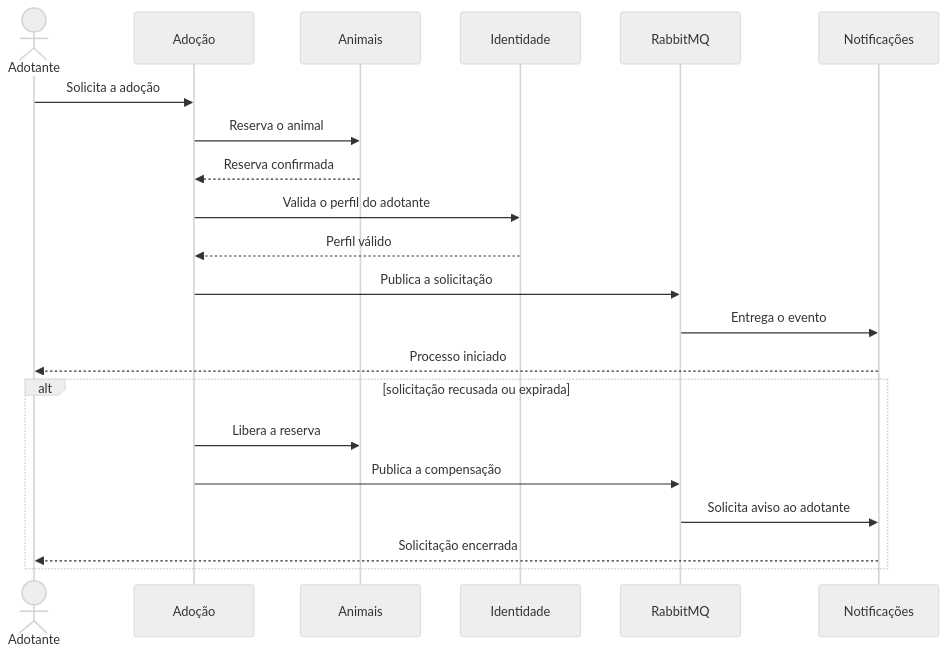
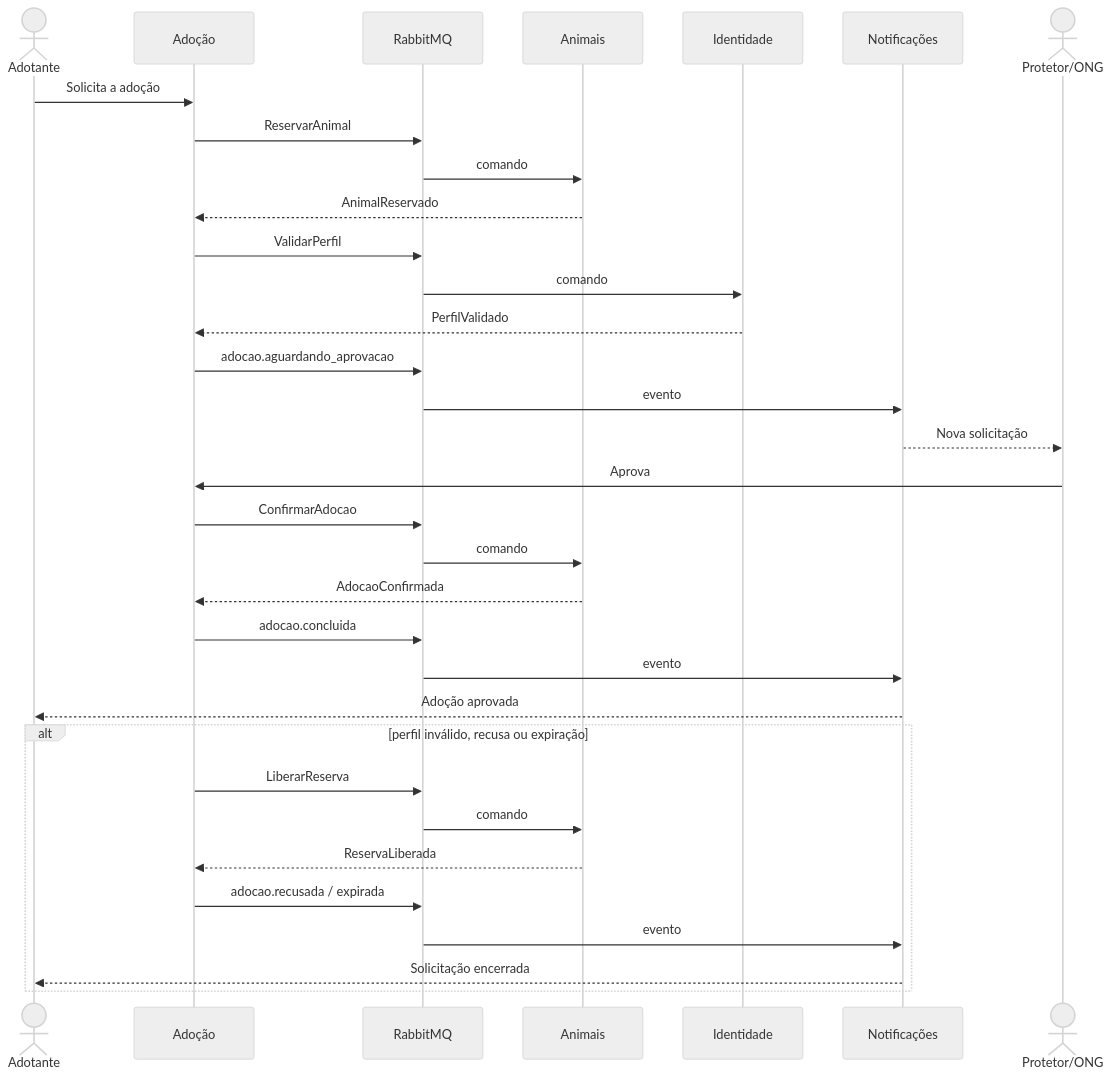
One commit to gxbreus/ampara changed the second of 2 diagrams in README.md. Above: the diagram before and after it, drawn with Mermaid (neutral theme). The commit also changed other lines of this file, not shown here.

````diff
--- a/README.md
+++ b/README.md
@@ -99,25 +123,37 @@
 ```mermaid
 sequenceDiagram
     actor Adotante
     participant A as Adoção
+    participant R as RabbitMQ
     participant AN as Animais
     participant I as Identidade
-    participant R as RabbitMQ
     participant N as Notificações
+    actor ONG as Protetor/ONG
 
     Adotante->>A: Solicita a adoção
-    A->>AN: Reserva o animal
-    AN-->>A: Reserva confirmada
-    A->>I: Valida o perfil do adotante
-    I-->>A: Perfil válido
-    A->>R: Publica a solicitação
-    R->>N: Entrega o evento
-    N-->>Adotante: Processo iniciado
+    A->>R: ReservarAnimal
+    R->>AN: comando
+    AN-->>A: AnimalReservado
+    A->>R: ValidarPerfil
+    R->>I: comando
+    I-->>A: PerfilValidado
+    A->>R: adocao.aguardando_aprovacao
+    R->>N: evento
+    N-->>ONG: Nova solicitação
+    ONG->>A: Aprova
+    A->>R: ConfirmarAdocao
+    R->>AN: comando
+    AN-->>A: AdocaoConfirmada
+    A->>R: adocao.concluida
+    R->>N: evento
+    N-->>Adotante: Adoção aprovada
 
-    alt solicitação recusada ou expirada
-        A->>AN: Libera a reserva
-        A->>R: Publica a compensação
-        R->>N: Solicita aviso ao adotante
+    alt perfil inválido, recusa ou expiração
+        A->>R: LiberarReserva
+        R->>AN: comando
+        AN-->>A: ReservaLiberada
+        A->>R: adocao.recusada / expirada
+        R->>N: evento
         N-->>Adotante: Solicitação encerrada
     end
 ```
````
